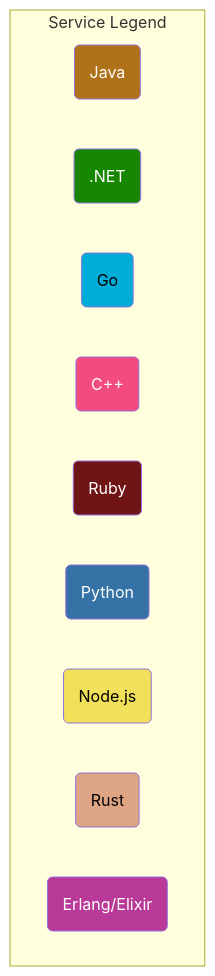
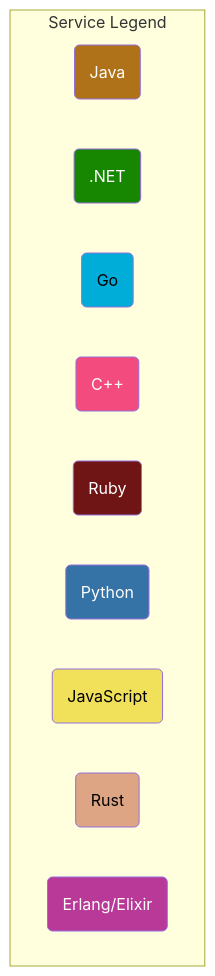
Before and after one commit to village-chat/opentelemetry-demo-bench: the second of 2 diagrams in README.md, drawn with Mermaid. The commit also changed other lines of this file and 13 other files, not shown here.

````diff
--- a/README.md
+++ b/README.md
@@ -208,25 +208,25 @@
 ```mermaid
 graph TD
 subgraph Service Legend
   javasvc(Java):::java
   dotnetsvc(.NET):::dotnet
   golangsvc(Go):::golang
   cppsvc(C++):::cpp
   rubysvc(Ruby):::ruby
   pythonsvc(Python):::python
-  nodesvc(Node.js):::nodejs
+  javascriptsvc(JavaScript):::javascript
   rustsvc(Rust):::rust
   erlangsvc(Erlang/Elixir):::erlang
 end
 
 classDef java fill:#b07219,color:white;
 classDef dotnet fill:#178600,color:white;
 classDef golang fill:#00add8,color:black;
 classDef cpp fill:#f34b7d,color:white;
 classDef ruby fill:#701516,color:white;
 classDef python fill:#3572A5,color:white;
-classDef nodejs fill:#f1e05a,color:black;
+classDef javascript fill:#f1e05a,color:black;
 classDef rust fill:#dea584,color:black;
 classDef erlang fill:#b83998,color:white;
 classDef php fill:#4f5d95,color:white;
 ```
````
